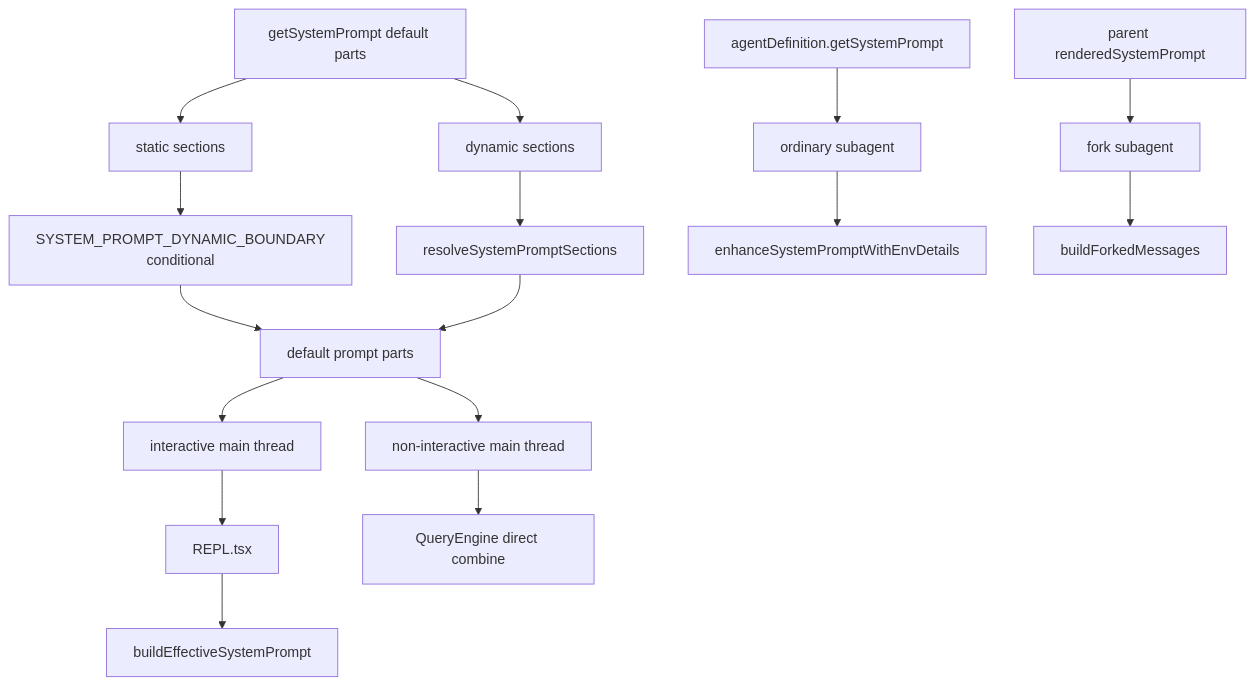
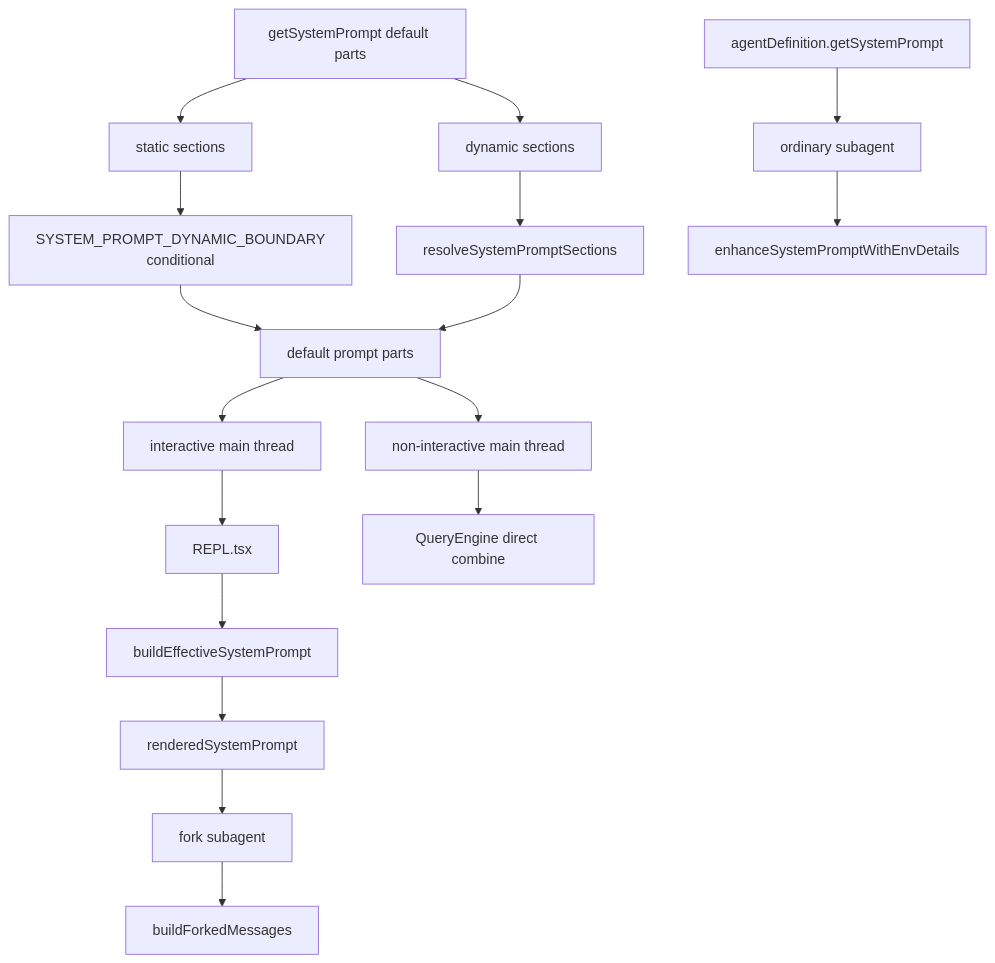
The diagram in MODULES/08-prompts-config-and-other-moats/DEEP/README.md (Boulea7/ClaudeCode-Source-DeepDive), drawn with Mermaid before and after one commit. The commit also changed other lines of this file and 4 other files, not shown here.

Commit message:
docs: polish architecture and prompt path diagrams

````diff
--- a/MODULES/08-prompts-config-and-other-moats/DEEP/README.md
+++ b/MODULES/08-prompts-config-and-other-moats/DEEP/README.md
@@ -171,22 +178,23 @@
 ```mermaid
 flowchart TD
     A[getSystemPrompt default parts] --> B[static sections]
     A --> C[dynamic sections]
     B --> D[SYSTEM_PROMPT_DYNAMIC_BOUNDARY<br/>conditional]
     C --> E[resolveSystemPromptSections]
     D --> F[default prompt parts]
     E --> F
 
     F --> G[interactive main thread]
     G --> H[REPL.tsx]
     H --> I[buildEffectiveSystemPrompt]
+    I --> J[renderedSystemPrompt]
 
-    F --> J[non-interactive main thread]
-    J --> K[QueryEngine direct combine]
+    F --> K[non-interactive main thread]
+    K --> L[QueryEngine direct combine]
 
-    L[agentDefinition.getSystemPrompt] --> M[ordinary subagent]
-    M --> N[enhanceSystemPromptWithEnvDetails]
+    M[agentDefinition.getSystemPrompt] --> N[ordinary subagent]
+    N --> O[enhanceSystemPromptWithEnvDetails]
 
-    O[parent renderedSystemPrompt] --> P[fork subagent]
+    J --> P[fork subagent]
     P --> Q[buildForkedMessages]
 ```
````
